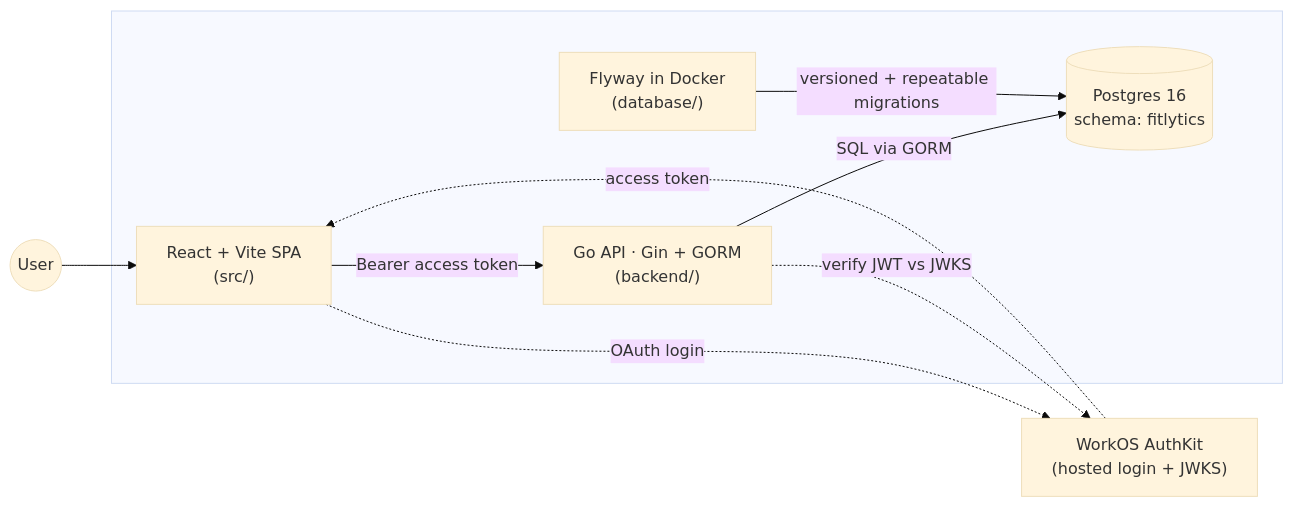
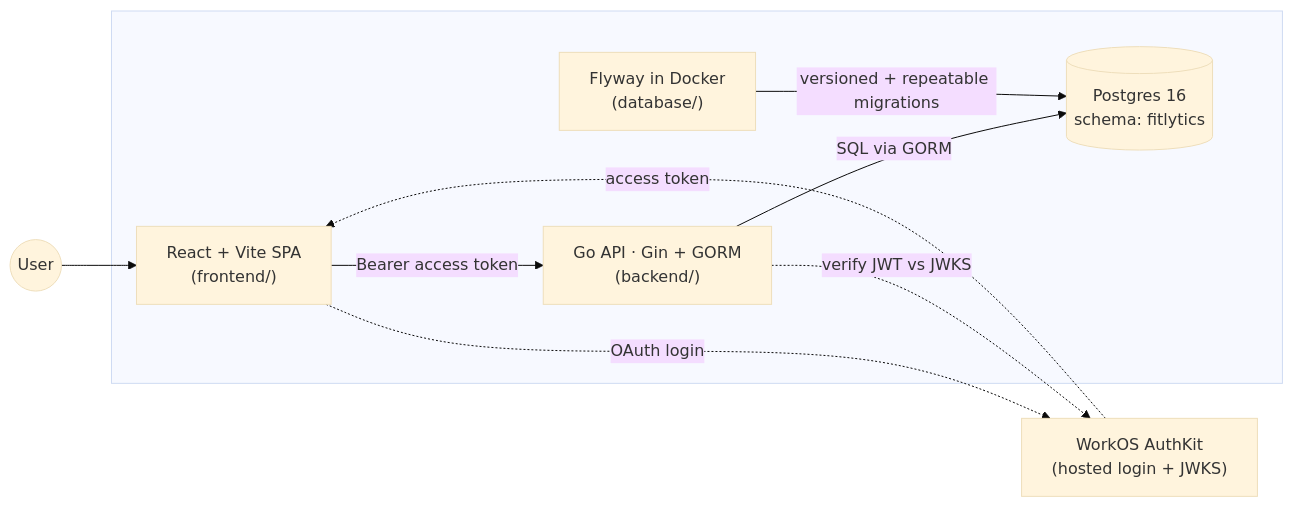
One commit to thompsonlogan/fitlytics changed the diagram in README.md. Above: the diagram before and after it, drawn with Mermaid (base theme). The commit also changed other lines of this file and 98 other files, not shown here.

````diff
--- a/README.md
+++ b/README.md
@@ -8,21 +8,21 @@
 ```mermaid
 flowchart LR
     User((User))
 
     subgraph Local[" "]
-        SPA["React + Vite SPA<br/>(src/)"]
+        SPA["React + Vite SPA<br/>(frontend/)"]
         API["Go API · Gin + GORM<br/>(backend/)"]
         DB[("Postgres 16<br/>schema: fitlytics")]
         Flyway["Flyway in Docker<br/>(database/)"]
     end
 
     WorkOS["WorkOS AuthKit<br/>(hosted login + JWKS)"]
 
     User --> SPA
     SPA -.->|OAuth login| WorkOS
     WorkOS -.->|access token| SPA
     SPA -->|"Bearer access token"| API
     API -.->|"verify JWT vs JWKS"| WorkOS
     API -->|"SQL via GORM"| DB
     Flyway -->|"versioned + repeatable migrations"| DB
 ```
````
